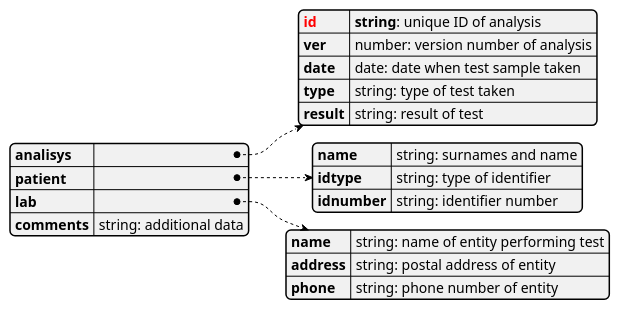
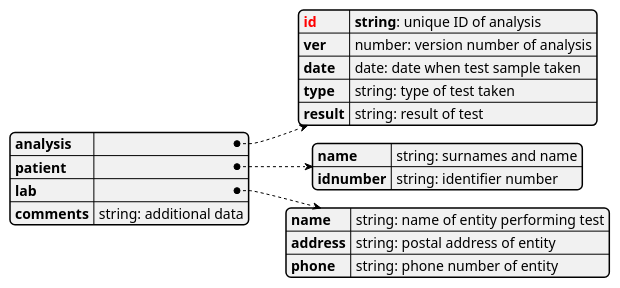
One commit to kemalbehram/SafeIsland changed the second of 2 diagrams in images/SafeIsland_VCSample.puml. Above: the diagram before and after it, drawn with PlantUML. The commit also changed other lines of this file and 26 other files, not shown here.

```diff
--- a/images/SafeIsland_VCSample.puml
+++ b/images/SafeIsland_VCSample.puml
@@ -35,22 +36,21 @@
 @startjson SafeIsland_VCDataModel
 {
-      "analisys": {
+      "analysis": {
             "<color:red>id": "<b>string</b>: unique ID of analysis",
             "ver": "number: version number of analysis",
             "date": "date: date when test sample taken",
             "type": "string: type of test taken",
             "result": "string: result of test"
       },
       "patient": {
             "name": "string: surnames and name",
-            "idtype": "string: type of identifier",
             "idnumber": "string: identifier number"
       },
       "lab": {
             "name": "string: name of entity performing test",
             "address": "string: postal address of entity",
             "phone": "string: phone number of entity"
       },
       "comments": "string: additional data"
 }
 @endjson
```
